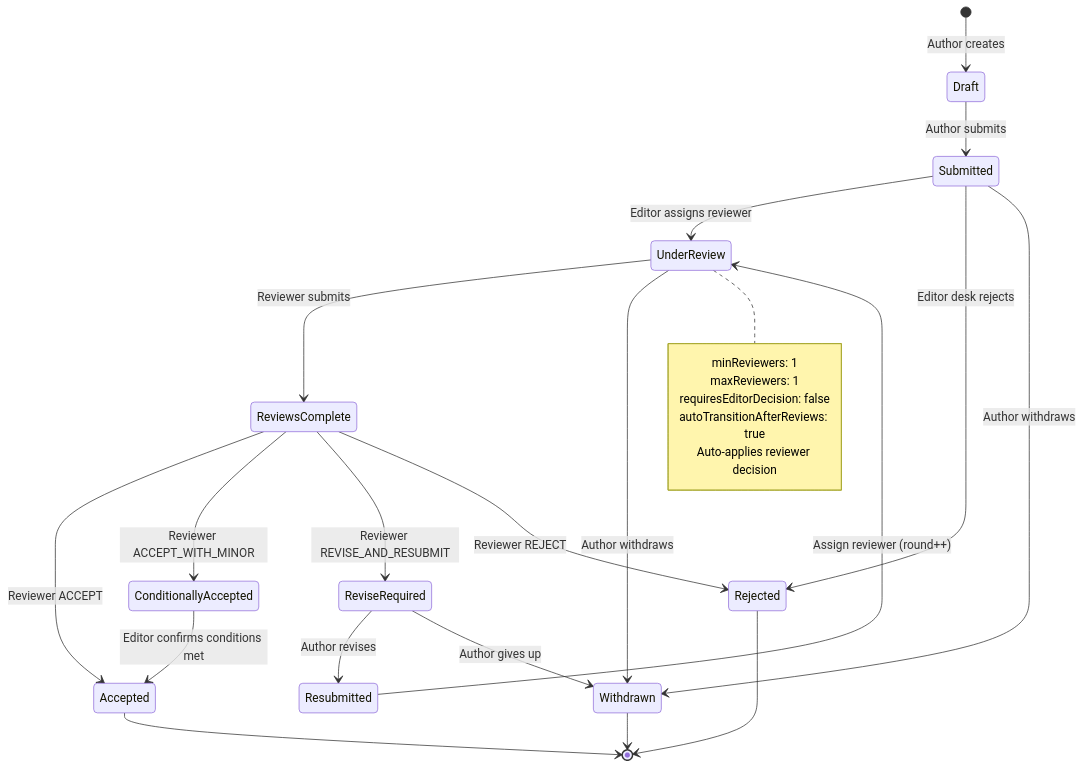
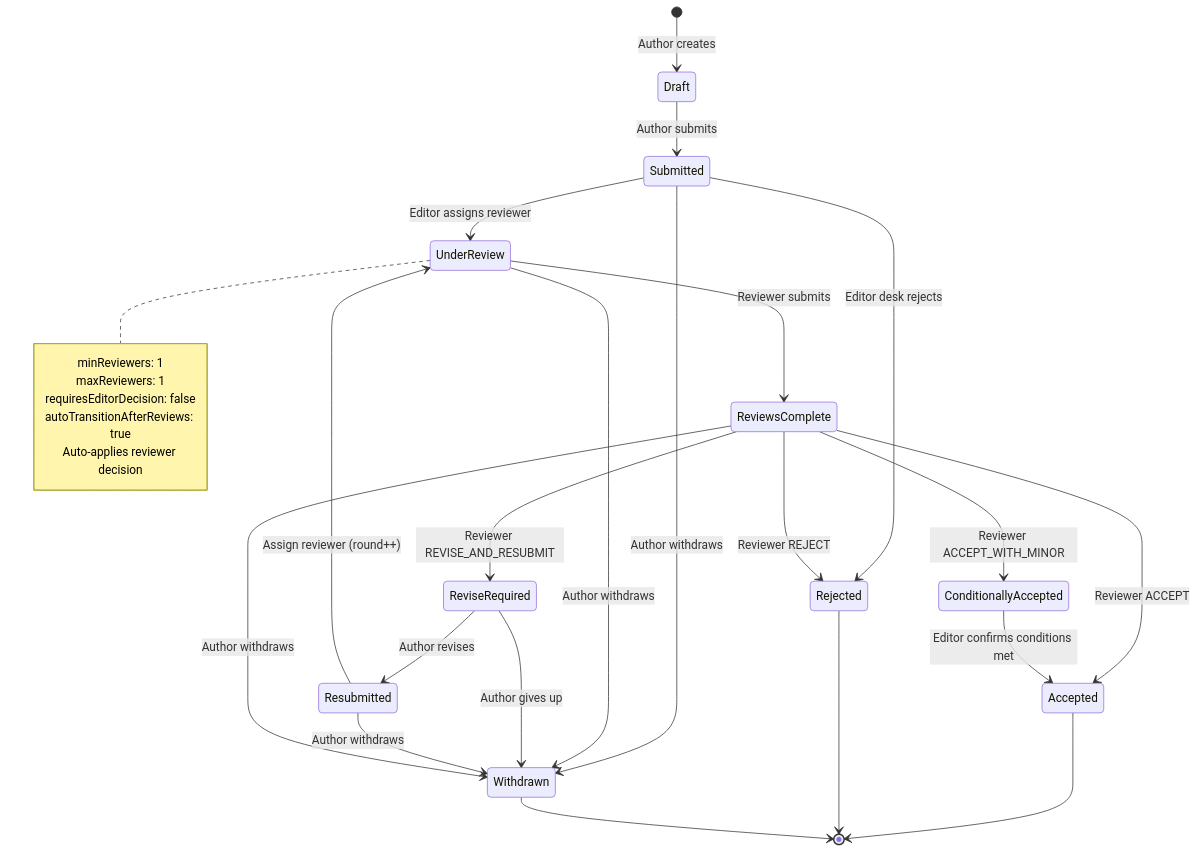
Before and after one commit to unlimited-labs/suberus: the first of 5 diagrams in WORKFLOW.md, drawn with Mermaid. The commit also changed other lines of this file, not shown here.

First line of the commit message:
docs: complete WORKFLOW.md consistency pass

````diff
--- a/WORKFLOW.md
+++ b/WORKFLOW.md
@@ -25,35 +25,38 @@
 ```mermaid
 stateDiagram-v2
     [*] --> Draft: Author creates
     Draft --> Submitted: Author submits
     Submitted --> UnderReview: Editor assigns reviewer
     Submitted --> Rejected: Editor desk rejects
     Submitted --> Withdrawn: Author withdraws
 
     UnderReview --> ReviewsComplete: Reviewer submits
     UnderReview --> Withdrawn: Author withdraws
 
     ReviewsComplete --> Accepted: Reviewer ACCEPT
     ReviewsComplete --> ConditionallyAccepted: Reviewer ACCEPT_WITH_MINOR
     ReviewsComplete --> ReviseRequired: Reviewer REVISE_AND_RESUBMIT
     ReviewsComplete --> Rejected: Reviewer REJECT
 
     ReviseRequired --> Resubmitted: Author revises
     ReviseRequired --> Withdrawn: Author gives up
 
     Resubmitted --> UnderReview: Assign reviewer (round++)
+    Resubmitted --> Withdrawn: Author withdraws
+
+    ReviewsComplete --> Withdrawn: Author withdraws
 
     ConditionallyAccepted --> Accepted: Editor confirms conditions met
 
     Accepted --> [*]
     Rejected --> [*]
     Withdrawn --> [*]
 
     note right of UnderReview
         minReviewers: 1
         maxReviewers: 1
         requiresEditorDecision: false
         autoTransitionAfterReviews: true
         Auto-applies reviewer decision
     end note
 ```
````
